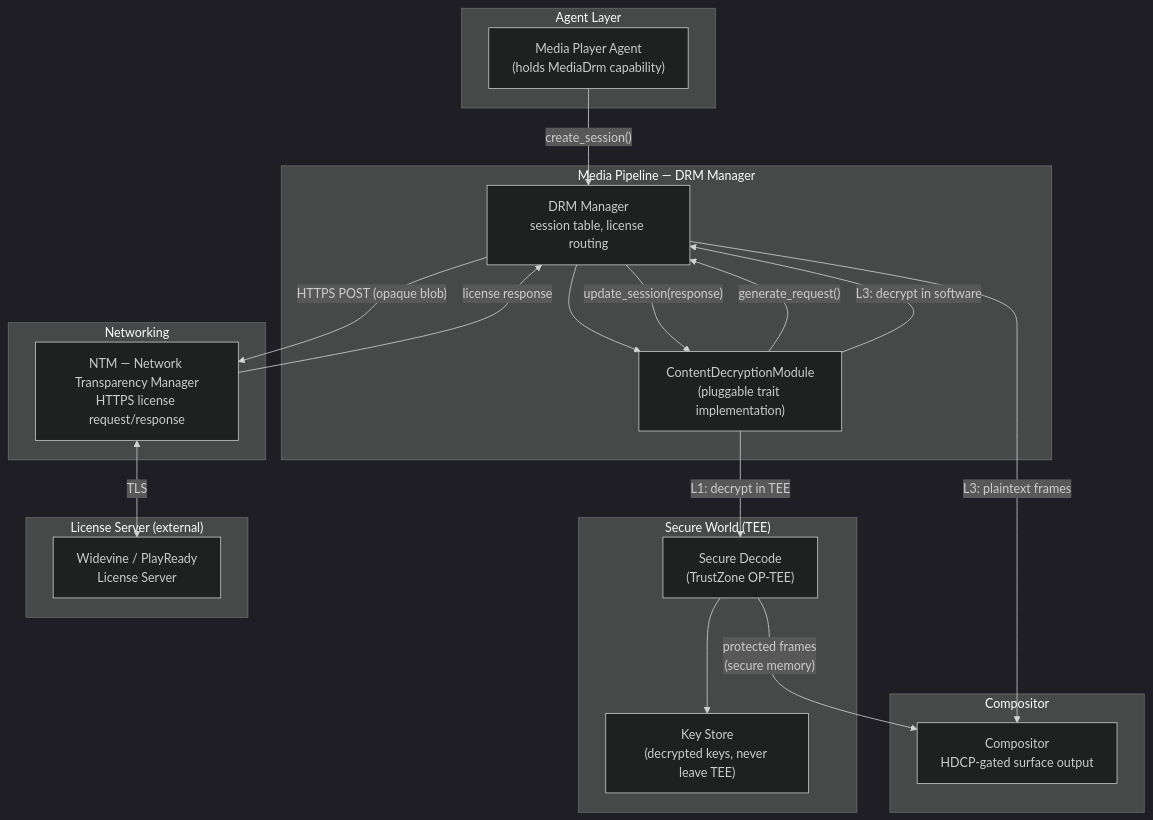
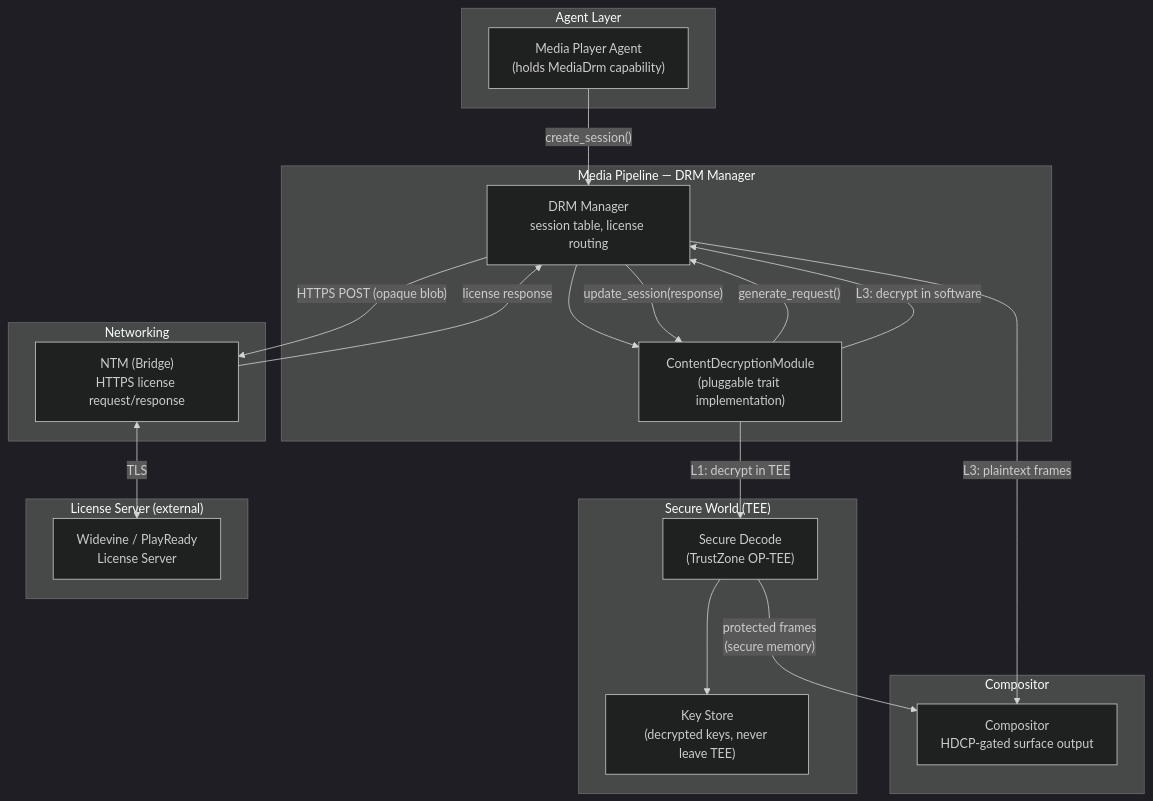
One commit to juslee/aios changed the first of 6 diagrams in docs/platform/media-pipeline/drm.md. Above: the diagram before and after it, drawn with Mermaid (dark theme). The commit also changed 74 other files, not shown here.

````diff
--- a/docs/platform/media-pipeline/drm.md
+++ b/docs/platform/media-pipeline/drm.md
@@ -19,41 +19,41 @@
 ```mermaid
 graph TB
     subgraph "Agent Layer"
         AG["Media Player Agent\n(holds MediaDrm capability)"]
     end
 
     subgraph "Media Pipeline — DRM Manager"
         DRM["DRM Manager\nsession table, license routing"]
         CDM["ContentDecryptionModule\n(pluggable trait implementation)"]
     end
 
     subgraph "Secure World (TEE)"
         SD["Secure Decode\n(TrustZone OP-TEE)"]
         KS["Key Store\n(decrypted keys, never leave TEE)"]
     end
 
     subgraph "Networking"
-        NTM["NTM — Network Transparency Manager\nHTTPS license request/response"]
+        NTM["NTM (Bridge)\nHTTPS license request/response"]
     end
 
     subgraph "License Server (external)"
         LS["Widevine / PlayReady\nLicense Server"]
     end
 
     subgraph "Compositor"
         CO["Compositor\nHDCP-gated surface output"]
     end
 
     AG -->|"create_session()"| DRM
     DRM --> CDM
     CDM -->|"generate_request()"| DRM
     DRM -->|"HTTPS POST (opaque blob)"| NTM
     NTM <-->|"TLS"| LS
     NTM -->|"license response"| DRM
     DRM -->|"update_session(response)"| CDM
     CDM -->|"L3: decrypt in software"| DRM
     CDM -->|"L1: decrypt in TEE"| SD
     SD --> KS
     SD -->|"protected frames\n(secure memory)"| CO
     DRM -->|"L3: plaintext frames"| CO
 ```
````
